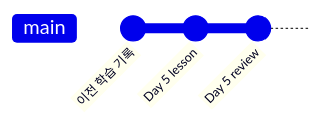
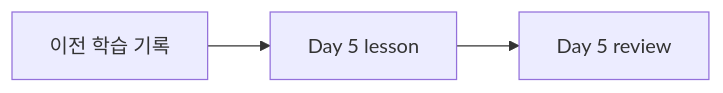
The tenth of 11 diagrams in day005_clone_add_commit.md (blze0516/github), drawn with Mermaid before and after one commit.

Commit message:
docs: add day005 clone add commit lesson

````diff
--- a/day005_clone_add_commit.md
+++ b/day005_clone_add_commit.md
@@ -724,6 +724,5 @@
 ```mermaid
-gitGraph
-    commit id: "이전 학습 기록"
-    commit id: "Day 5 lesson"
-    commit id: "Day 5 review" 
+flowchart LR
+    A[이전 학습 기록] --> B[Day 5 lesson]
+    B --> C[Day 5 review]
 ```
````
